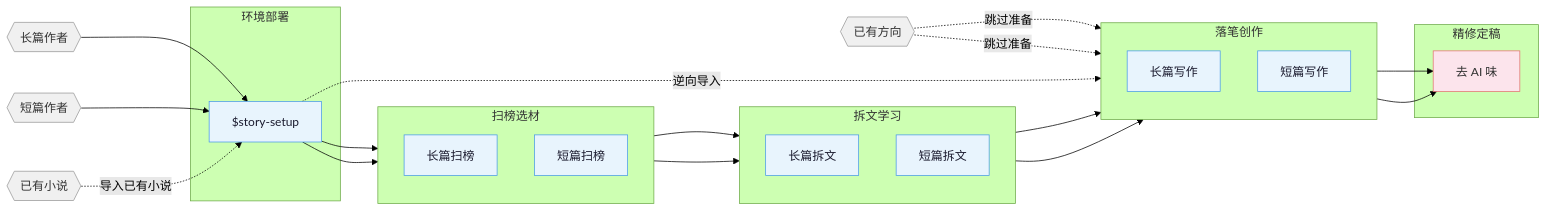
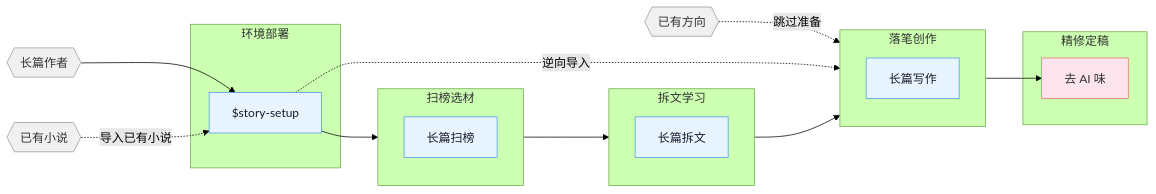
One commit to wxy123-wh/oh-story-codex changed the diagram in README.md. Above: the diagram before and after it, drawn with Mermaid (forest theme). The commit also changed other lines of this file and 115 other files, not shown here.

````diff
--- a/README.md
+++ b/README.md
@@ -62,52 +62,42 @@
 ```mermaid
 flowchart LR
     classDef entry fill:#f0f0f0,color:#333,stroke:#999,stroke-width:1px
     classDef phase fill:#e8f4fd,color:#1a1a2e,stroke:#4a9be8,stroke-width:1px
     classDef final fill:#fce4ec,color:#333,stroke:#e57373,stroke-width:1px
 
     entry_l{{"长篇作者"}}:::entry
-    entry_s{{"短篇作者"}}:::entry
     entry_r{{"已有方向"}}:::entry
     entry_i{{"已有小说"}}:::entry
 
     subgraph S0 ["环境部署"]
         setup["$story-setup"]:::phase
     end
 
     subgraph S1 ["扫榜选材"]
         direction TB
         scan_l["长篇扫榜"]:::phase
-        scan_s["短篇扫榜"]:::phase
     end
 
     subgraph S2 ["拆文学习"]
         direction TB
         analyze_l["长篇拆文"]:::phase
-        analyze_s["短篇拆文"]:::phase
     end
 
     subgraph S3 ["落笔创作"]
         direction TB
         write_l["长篇写作"]:::phase
-        write_s["短篇写作"]:::phase
     end
 
     subgraph S4 ["精修定稿"]
         deslop["去 AI 味"]:::final
     end
 
     entry_l --> setup
-    entry_s --> setup
     setup --> scan_l
-    setup --> scan_s
     scan_l --> analyze_l
-    scan_s --> analyze_s
     analyze_l --> write_l
-    analyze_s --> write_s
     entry_r -.->|跳过准备| write_l
-    entry_r -.->|跳过准备| write_s
     entry_i -.->|导入已有小说| setup
     setup -.->|逆向导入| write_l
     write_l --> deslop
-    write_s --> deslop
 ```
````
